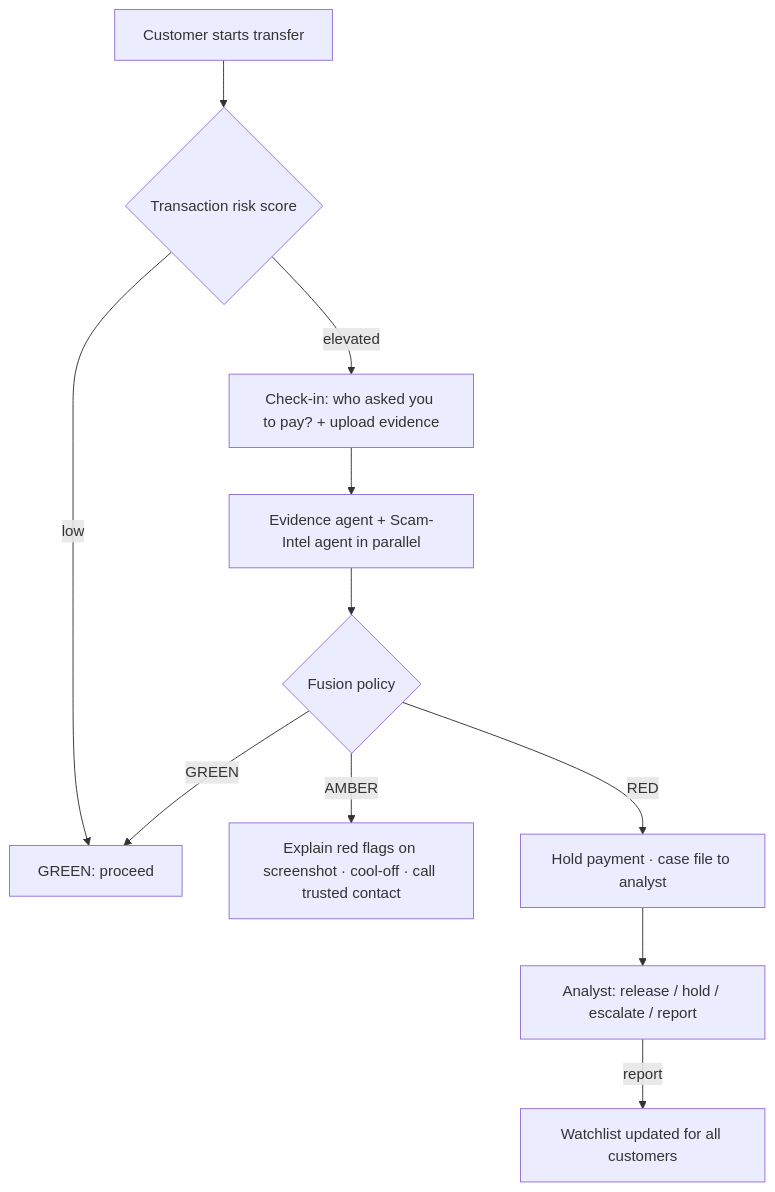
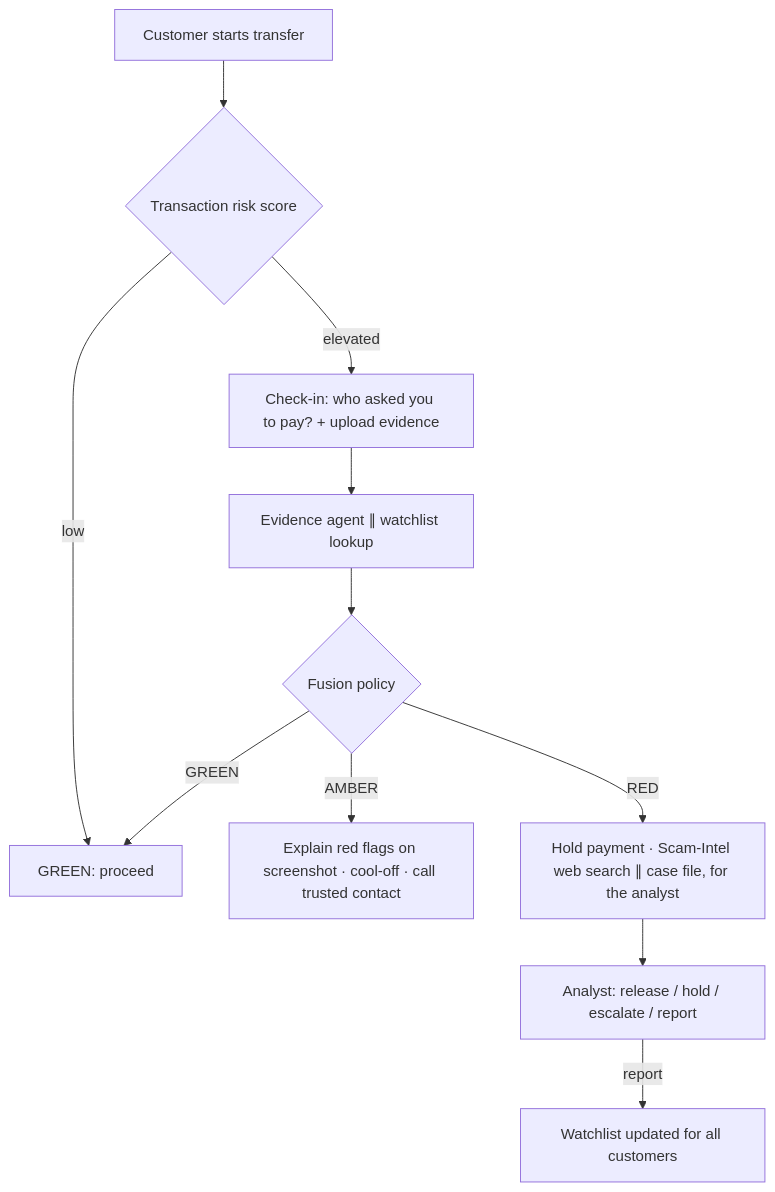
One commit to cikohtech/pauseguard changed the diagram in docs/SUBMISSION_DECK.md. Above: the diagram before and after it, drawn with Mermaid. The commit also changed 26 other files, not shown here.

````diff
--- a/docs/SUBMISSION_DECK.md
+++ b/docs/SUBMISSION_DECK.md
@@ -24,13 +24,13 @@
 ```mermaid
 flowchart TD
   A[Customer starts transfer] --> B{Transaction risk score}
   B -- low --> G[GREEN: proceed]
   B -- elevated --> C[Check-in: who asked you to pay? + upload evidence]
-  C --> D[Evidence agent + Scam-Intel agent in parallel]
+  C --> D[Evidence agent ∥ watchlist lookup]
   D --> E{Fusion policy}
   E -- GREEN --> G
   E -- AMBER --> F[Explain red flags on screenshot · cool-off · call trusted contact]
-  E -- RED --> H[Hold payment · case file to analyst]
+  E -- RED --> H[Hold payment · Scam-Intel web search ∥ case file, for the analyst]
   H --> I[Analyst: release / hold / escalate / report]
   I -- report --> J[Watchlist updated for all customers]
 ```
````
